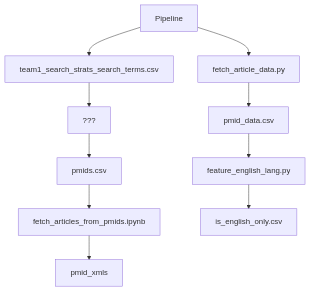
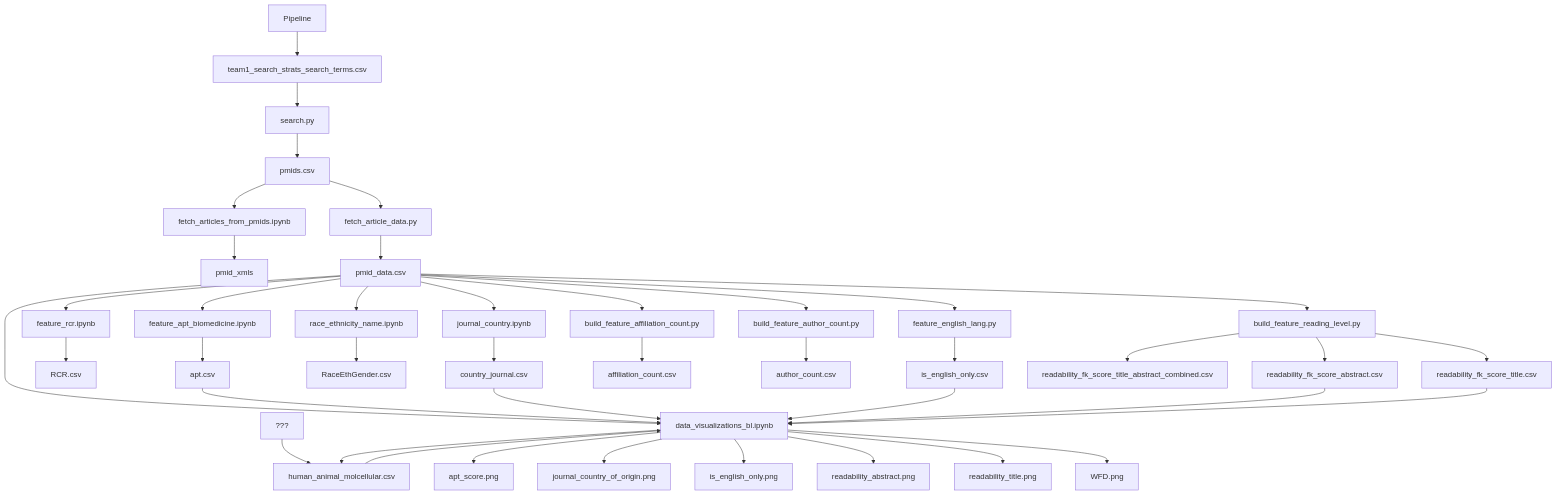
One commit to NCBI-Codeathons/pubmed-codeathon-team1 changed the diagram in README.md. Above: the diagram before and after it, drawn with Mermaid. The commit also changed other lines of this file, not shown here.

Commit message:
updated pipeline diagram

````diff
--- a/README.md
+++ b/README.md
@@ -56,12 +58,43 @@
 ```mermaid
     graph TD;
         Pipeline-->team1_search_strats_search_terms.csv;
-        team1_search_strats_search_terms.csv-->???
-        ???-->pmids.csv
+        team1_search_strats_search_terms.csv-->search.py
+        search.py-->pmids.csv
         pmids.csv-->fetch_articles_from_pmids.ipynb
         fetch_articles_from_pmids.ipynb-->pmid_xmls
-        Pipeline-->fetch_article_data.py
+        pmids.csv-->fetch_article_data.py
         fetch_article_data.py-->pmid_data.csv
         pmid_data.csv-->feature_english_lang.py
         feature_english_lang.py-->is_english_only.csv
+        pmid_data.csv-->feature_rcr.ipynb
+        feature_rcr.ipynb-->RCR.csv
+        pmid_data.csv-->journal_country.ipynb
+        journal_country.ipynb-->country_journal.csv
+        pmid_data.csv-->race_ethnicity_name.ipynb
+        race_ethnicity_name.ipynb-->RaceEthGender.csv
+        pmid_data.csv-->feature_apt_biomedicine.ipynb
+        feature_apt_biomedicine.ipynb-->apt.csv
+        pmid_data.csv-->build_feature_affiliation_count.py
+        build_feature_affiliation_count.py-->affiliation_count.csv
+        pmid_data.csv-->build_feature_author_count.py
+        build_feature_author_count.py-->author_count.csv
+        pmid_data.csv-->build_feature_reading_level.py
+        build_feature_reading_level.py-->readability_fk_score_abstract.csv
+        build_feature_reading_level.py-->readability_fk_score_title_abstract_combined.csv
+        build_feature_reading_level.py-->readability_fk_score_title.csv
+        pmid_data.csv-->data_visualizations_bl.ipynb
+        apt.csv-->data_visualizations_bl.ipynb
+        ???-->human_animal_molcellular.csv
+        data_visualizations_bl.ipynb-->human_animal_molcellular.csv
+        data_visualizations_bl.ipynb-->apt_score.png
+        country_journal.csv-->data_visualizations_bl.ipynb
+        data_visualizations_bl.ipynb-->journal_country_of_origin.png
+        is_english_only.csv-->data_visualizations_bl.ipynb
+        data_visualizations_bl.ipynb-->is_english_only.png
+        human_animal_molcellular.csv-->data_visualizations_bl.ipynb
+        readability_fk_score_abstract.csv-->data_visualizations_bl.ipynb
+        data_visualizations_bl.ipynb-->readability_abstract.png
+        readability_fk_score_title.csv-->data_visualizations_bl.ipynb
+        data_visualizations_bl.ipynb-->readability_title.png
+        data_visualizations_bl.ipynb-->WFD.png
 ```
````
